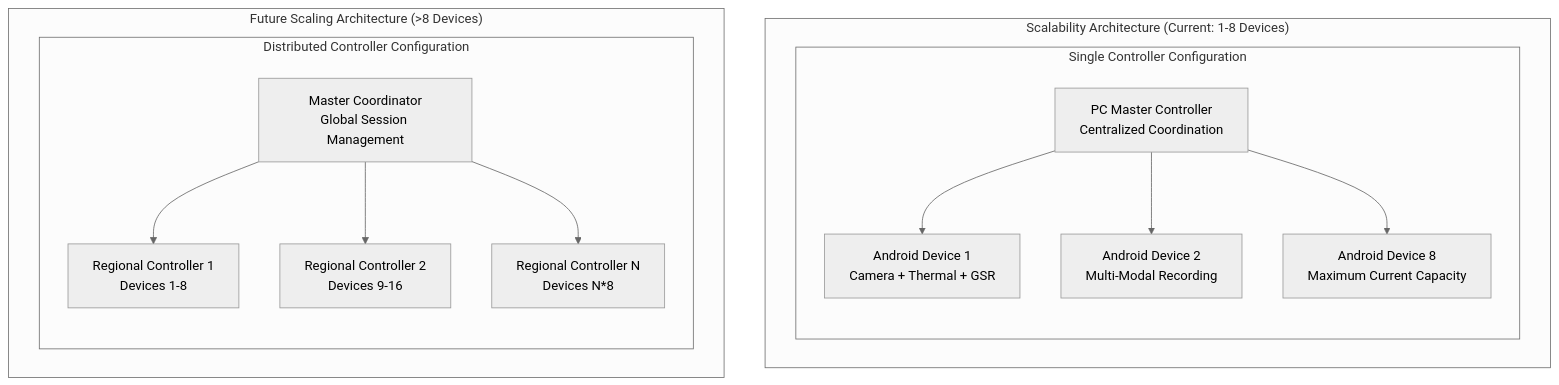
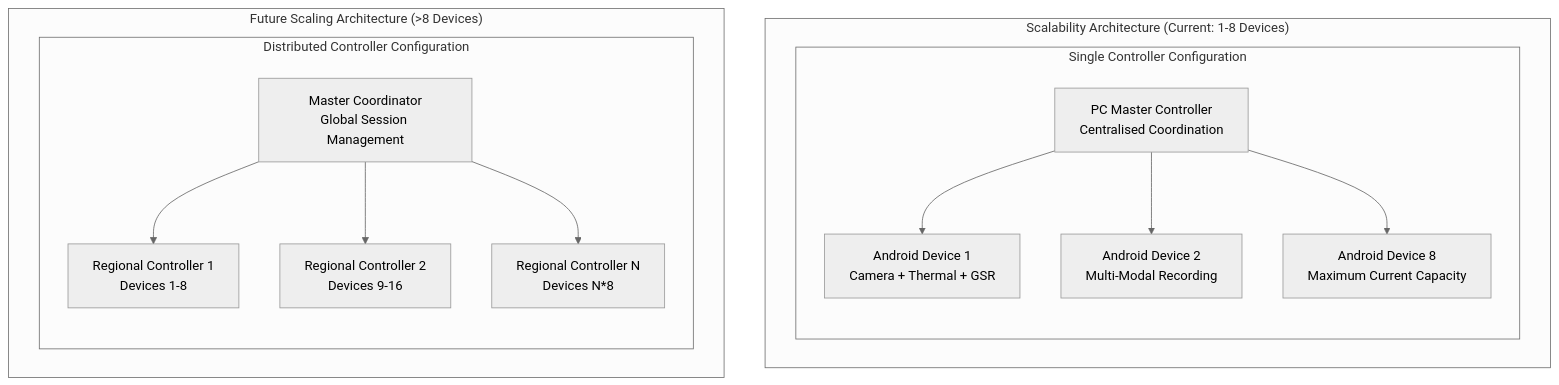
The fifth of 8 diagrams in architecture.md (buccancs/fyp-multi-sensor-recording-system), drawn with Mermaid (neutral theme) before and after one commit. The commit also changed other lines of this file and 45 other files, not shown here.

````diff
--- a/architecture.md
+++ b/architecture.md
@@ -456,28 +456,28 @@
 ```mermaid
 graph TB
     subgraph "Scalability Architecture (Current: 1-8 Devices)"
         subgraph "Single Controller Configuration"
-            PC[PC Master Controller<br/>Centralized Coordination]
+            PC[PC Master Controller<br/>Centralised Coordination]
             DEV1[Android Device 1<br/>Camera + Thermal + GSR]
             DEV2[Android Device 2<br/>Multi-Modal Recording]
             DEV8[Android Device 8<br/>Maximum Current Capacity]
         end
         
         PC --> DEV1
         PC --> DEV2
         PC --> DEV8
     end
     
     subgraph "Future Scaling Architecture (>8 Devices)"
         subgraph "Distributed Controller Configuration"
             MASTER[Master Coordinator<br/>Global Session Management]
             REG1[Regional Controller 1<br/>Devices 1-8]
             REG2[Regional Controller 2<br/>Devices 9-16]
             REGN[Regional Controller N<br/>Devices N*8]
         end
         
         MASTER --> REG1
         MASTER --> REG2
         MASTER --> REGN
     end
 ```
````
